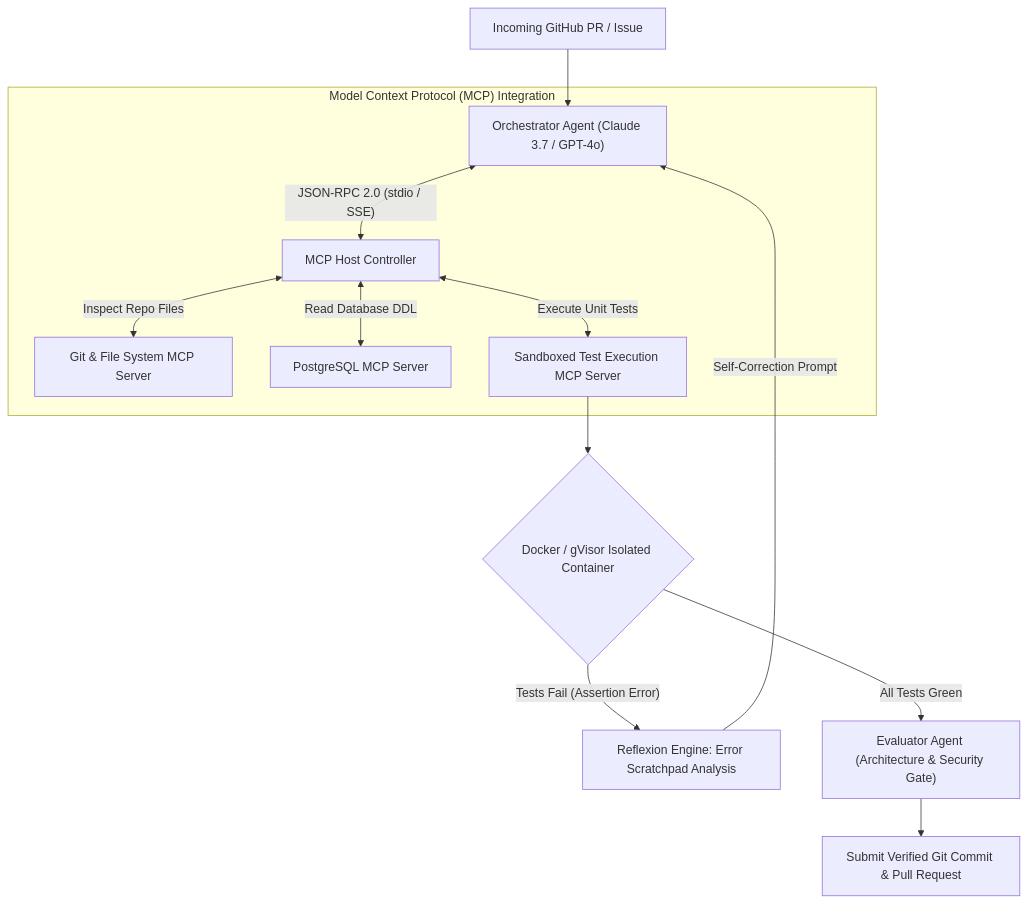
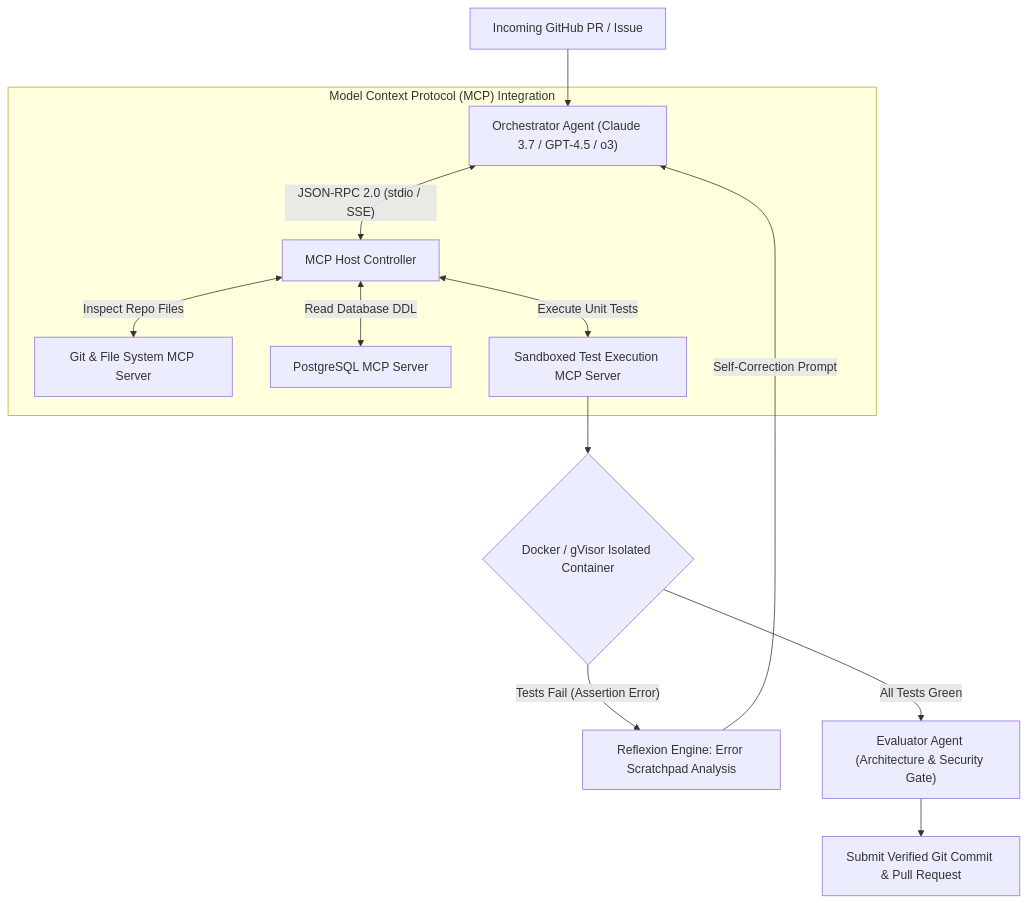
The fourth of 7 diagrams in interview/80-20-ai-interview-prep-sheet.md (dip4k/senior-engineer-to-ai-engineer-roadmap), drawn with Mermaid before and after one commit. The commit also changed other lines of this file and 39 other files, not shown here.

First line of the commit message:
Enhance use case documentation for Enterprise AI, including new architectural standards and resilience implementations

````diff
--- a/interview/80-20-ai-interview-prep-sheet.md
+++ b/interview/80-20-ai-interview-prep-sheet.md
@@ -143,17 +143,17 @@
 ```mermaid
 flowchart TD
-    PR["Incoming GitHub PR / Issue"] --> Orchestrator["Orchestrator Agent (Claude 3.7 / GPT-4o)"]
+    PR["Incoming GitHub PR / Issue"] --> Orchestrator["Orchestrator Agent (Claude 3.7 / GPT-4.5 / o3)"]
     
     subgraph MCPArchitecture["Model Context Protocol (MCP) Integration"]
         Orchestrator <-->|"JSON-RPC 2.0 (stdio / SSE)"| MCPHost["MCP Host Controller"]
         MCPHost <-->|"Inspect Repo Files"| GitMCP["Git & File System MCP Server"]
         MCPHost <-->|"Read Database DDL"| PostgresMCP["PostgreSQL MCP Server"]
         MCPHost <-->|"Execute Unit Tests"| DockerMCP["Sandboxed Test Execution MCP Server"]
     end
 
     DockerMCP --> Sandbox{"Docker / gVisor Isolated Container"}
     Sandbox -->|"Tests Fail (Assertion Error)"| Reflector["Reflexion Engine: Error Scratchpad Analysis"]
     Reflector -->|"Self-Correction Prompt"| Orchestrator
     Sandbox -->|"All Tests Green"| Reviewer["Evaluator Agent (Architecture & Security Gate)"]
     Reviewer --> PRCommit["Submit Verified Git Commit & Pull Request"]
 ```
````
